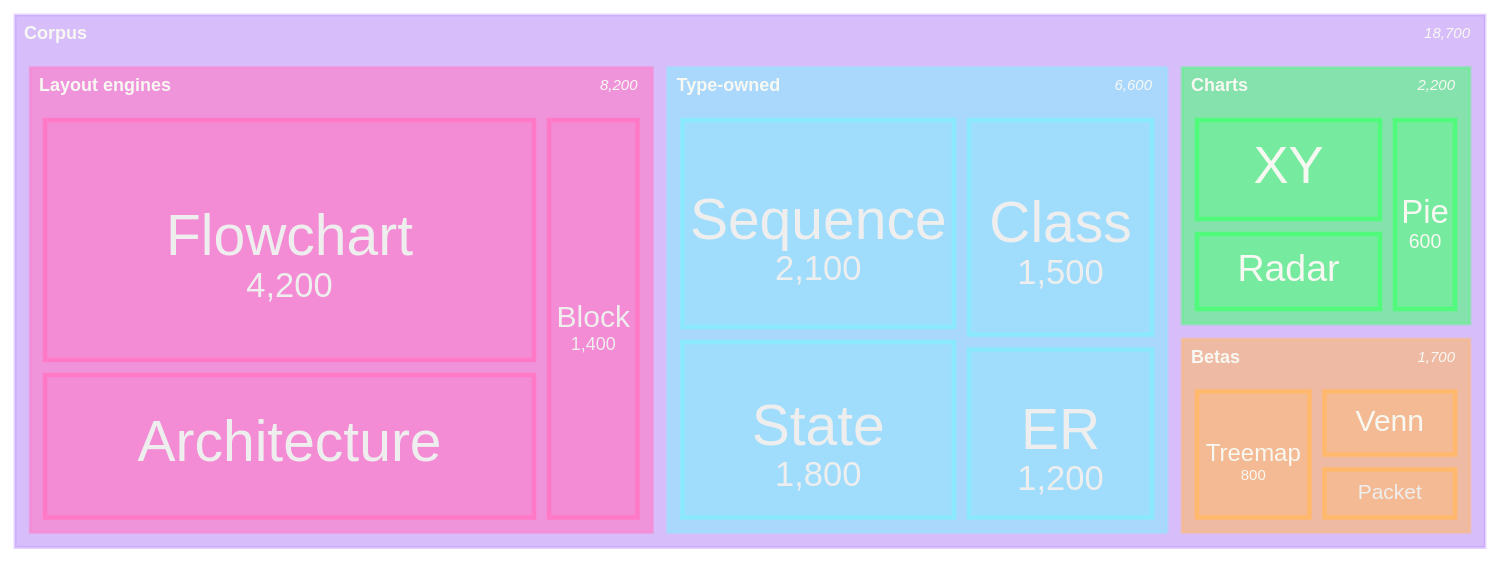
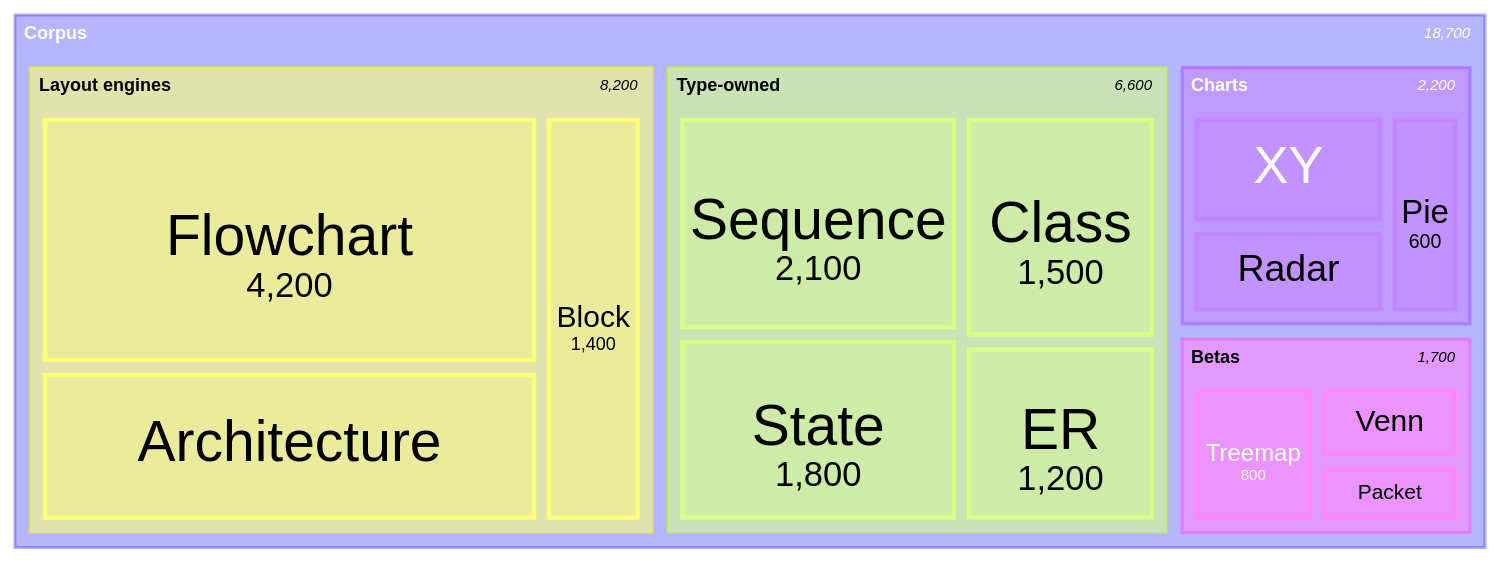
Diagram 11 of 25 in .claude/skills/mermaid-diagramming/references/syntax-extended.md (bsamiee/Rasm), drawn with Mermaid before and after one commit. The commit also changed other lines of this file and 28 other files, not shown here.

Commit message:
skills(docgen+mermaid): payload-only diagram law — docgen gate/fixer strips fence styling; mermaid bundle sheds the styling canon, theming survives as one opt-in reference

````diff
--- a/.claude/skills/mermaid-diagramming/references/syntax-extended.md
+++ b/.claude/skills/mermaid-diagramming/references/syntax-extended.md
@@ -597,54 +338,29 @@
 ```mermaid
 ---
 config:
-  theme: base
-  look: classic
   treemap:
     showValues: true
     valueFormat: ','
-  themeVariables:
-    darkMode: true
-    fontFamily: "SF Mono, Menlo, Cascadia Mono, Segoe UI Mono, Consolas, monospace"
-    useGradient: false
-    dropShadow: "none"
-    textColor: "#F8F8F2"
-    titleColor: "#F8F8F2"
-    cScale0: "#BD93F9"
-    cScale1: "#FF79C6"
-    cScale2: "#8BE9FD"
-    cScale3: "#50FA7B"
-    cScale4: "#FFB86C"
-    cScaleLabel0: "#F8F8F2"
-    cScaleLabel1: "#F8F8F2"
-    cScaleLabel2: "#F8F8F2"
-    cScaleLabel3: "#F8F8F2"
-    cScaleLabel4: "#F8F8F2"
-    cScalePeer0: "#BD93F9"
-    cScalePeer1: "#FF79C6"
-    cScalePeer2: "#8BE9FD"
-    cScalePeer3: "#50FA7B"
-    cScalePeer4: "#FFB86C"
-  themeCSS: ".treemapLeaf{fill-opacity:.45;stroke-width:1.5px}.treemapSection{fill:#21222C!important;fill-opacity:1;stroke-opacity:1;stroke-width:1px}.treemapSectionLabel{font-size:13.5px;font-weight:700}.treemapSectionValue{font-size:12px}.treemapLabel{font-size:13px!important;font-weight:500}.treemapValue{font-size:11px!important}.treemapTitle{font-size:15px;font-weight:600}"
 ---
 treemap-beta
 accTitle: Corpus render cost
 accDescr: Render milliseconds per diagram family grouped by engine, chart families cheapest and layout-engine families dearest.
 "Corpus"
     "Layout engines"
         "Flowchart": 4200
         "Architecture": 2600
         "Block": 1400
     "Type-owned"
         "Sequence": 2100
         "State": 1800
         "Class": 1500
         "ER": 1200
     "Charts"
         "XY": 900
         "Pie": 600
         "Radar": 700
     "Betas"
         "Treemap": 800
         "Packet": 400
         "Venn": 500
 ```
````
